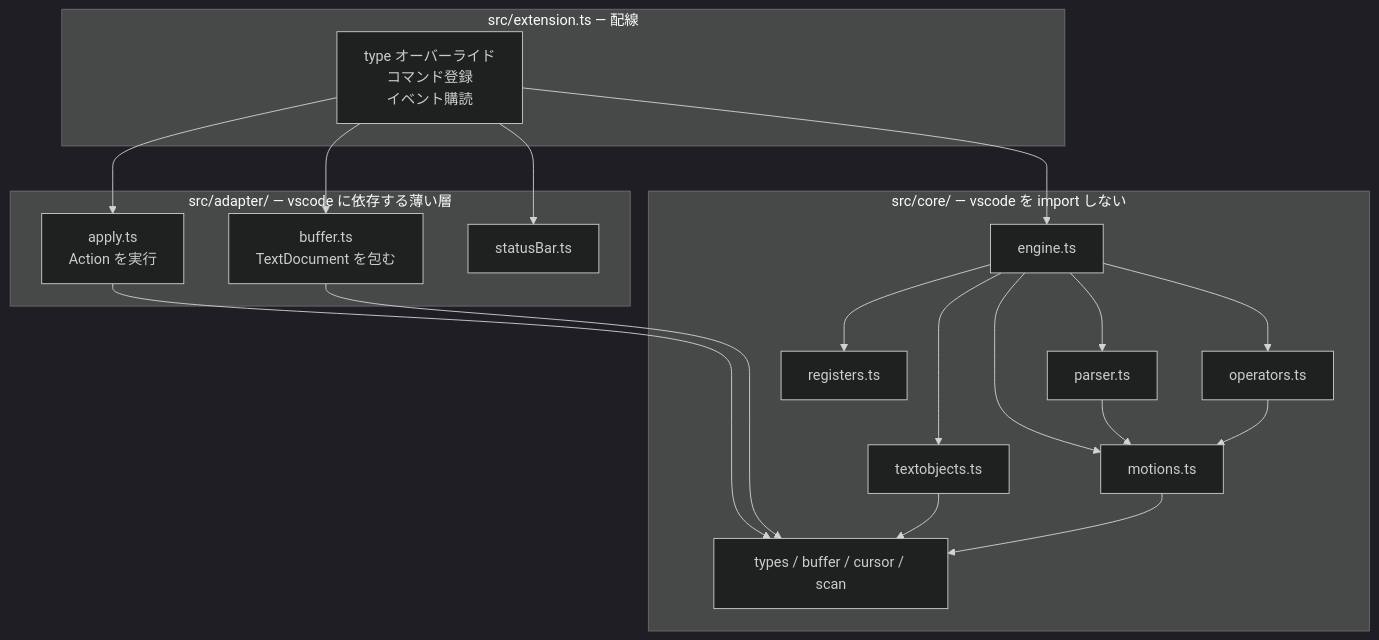
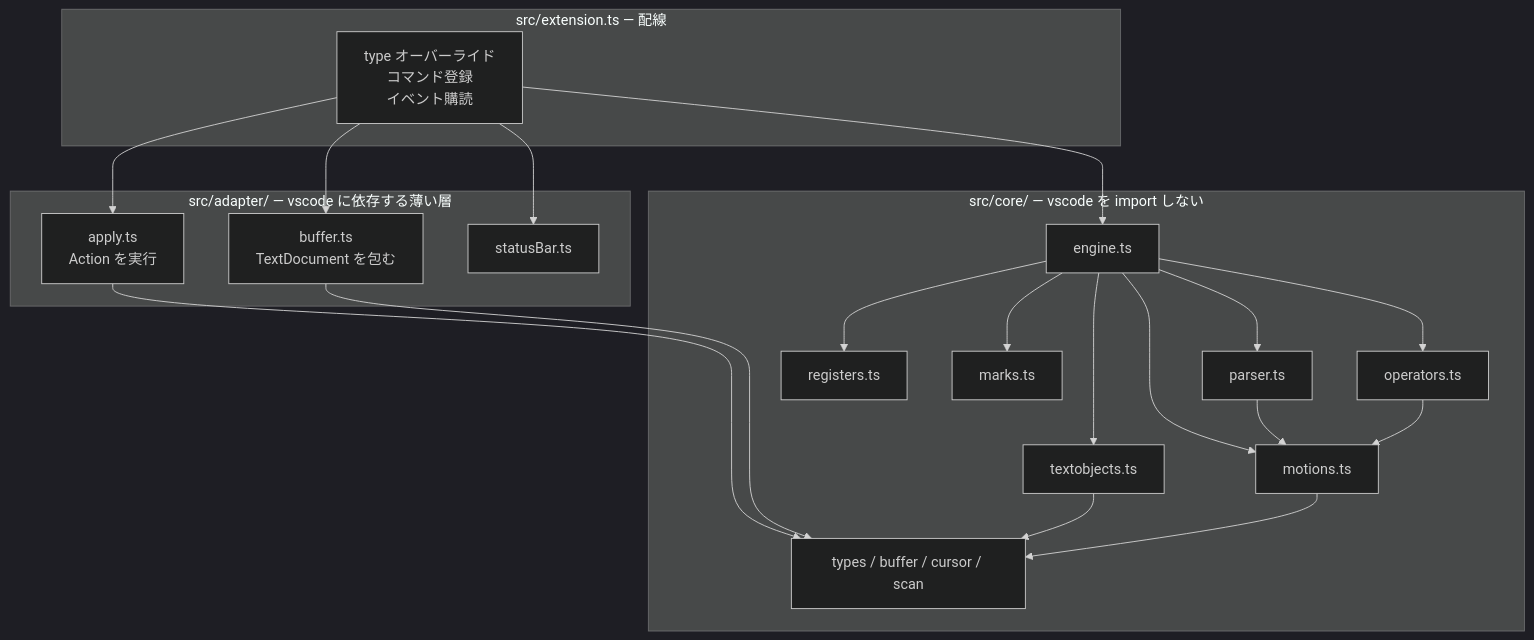
The first of 4 diagrams in docs/architecture.md (onzuka24/vscode-extension-v), drawn with Mermaid (dark theme) before and after one commit. The commit also changed other lines of this file and 8 other files, not shown here.

````diff
--- a/docs/architecture.md
+++ b/docs/architecture.md
@@ -53,38 +54,40 @@
 ```mermaid
 flowchart TB
     subgraph WIRE["src/extension.ts — 配線"]
         EXT["type オーバーライド<br/>コマンド登録<br/>イベント購読"]
     end
 
     subgraph ADAPTER["src/adapter/ — vscode に依存する薄い層"]
         AP["apply.ts<br/>Action を実行"]
         AB["buffer.ts<br/>TextDocument を包む"]
         SB["statusBar.ts"]
     end
 
     subgraph CORE["src/core/ — vscode を import しない"]
         EN["engine.ts"]
         PA["parser.ts"]
         MO["motions.ts"]
         OP["operators.ts"]
         TO["textobjects.ts"]
         RE["registers.ts"]
+        MK["marks.ts"]
         BASE["types / buffer / cursor / scan"]
     end
 
     EXT --> AP
     EXT --> AB
     EXT --> SB
     EXT --> EN
     AP --> BASE
     AB --> BASE
     EN --> PA
     EN --> MO
     EN --> OP
     EN --> TO
     EN --> RE
+    EN --> MK
     PA --> MO
     OP --> MO
     TO --> BASE
     MO --> BASE
 ```
````
